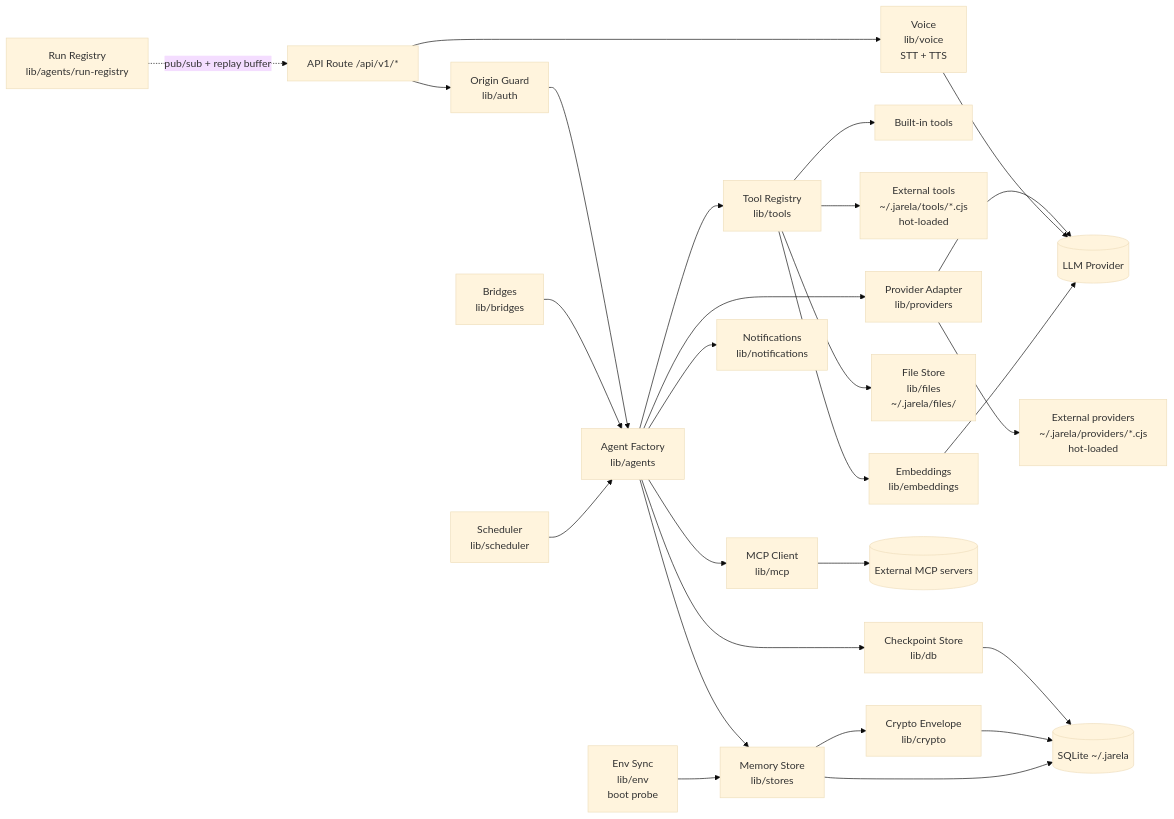
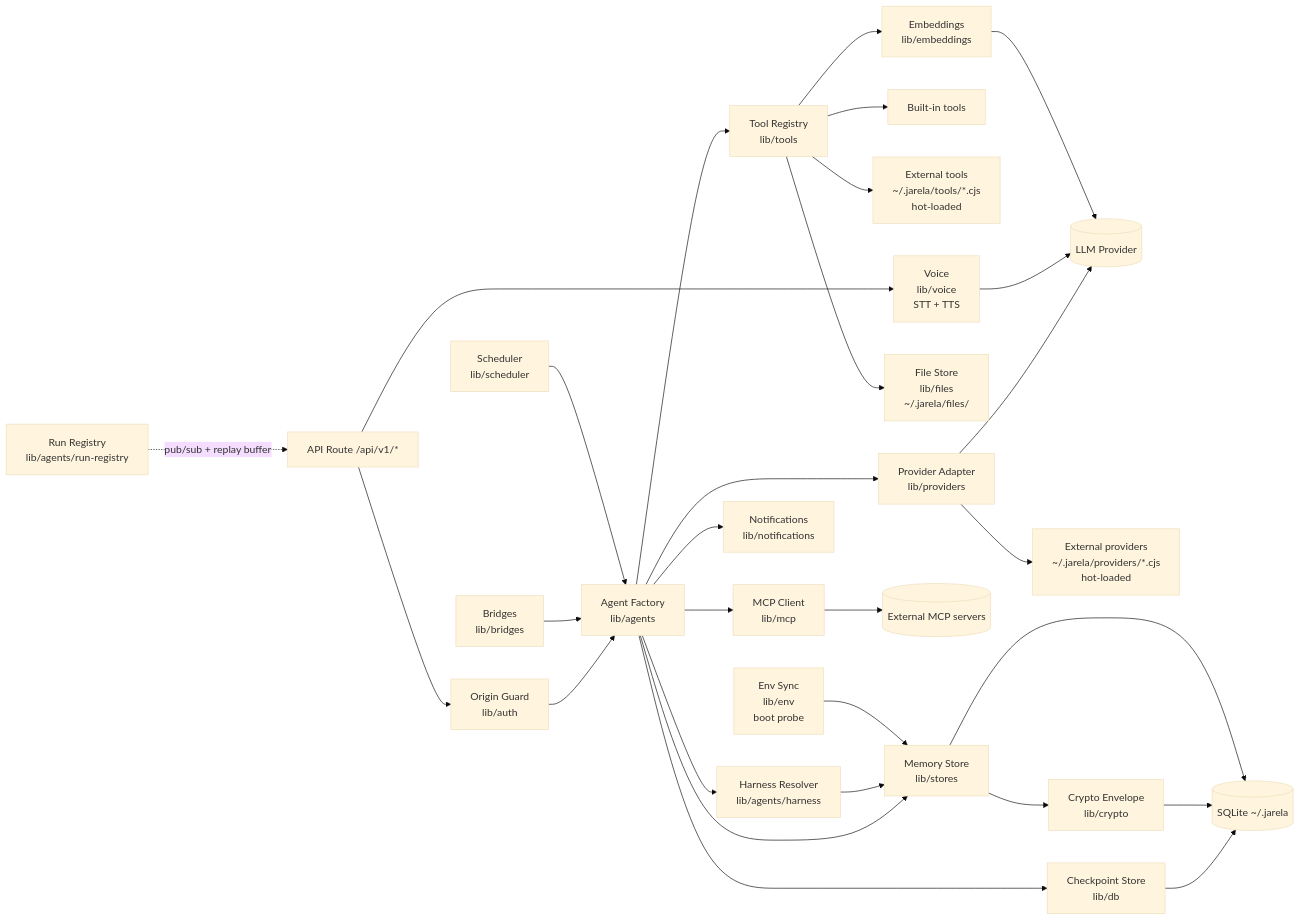
One commit to CircuitWall/jarela changed the second of 7 diagrams in docs/ARCHITECTURE.md. Above: the diagram before and after it, drawn with Mermaid (base theme). The commit also changed 28 other files, not shown here.

First line of the commit message:
feat(agents): configurable harness presets (ADR-0033)

````diff
--- a/docs/ARCHITECTURE.md
+++ b/docs/ARCHITECTURE.md
@@ -106,29 +106,31 @@
 ```mermaid
 flowchart LR
     A[API Route /api/v1/*] --> G0[Origin Guard<br/>lib/auth]
     G0 --> B[Agent Factory<br/>lib/agents]
     B --> C[Provider Adapter<br/>lib/providers]
     B --> D[Tool Registry<br/>lib/tools]
     B --> E[MCP Client<br/>lib/mcp]
     C --> F[(LLM Provider)]
     C --> XP[External providers<br/>~/.jarela/providers/*.cjs<br/>hot-loaded]
     D --> G[Built-in tools]
     D --> XT[External tools<br/>~/.jarela/tools/*.cjs<br/>hot-loaded]
     D --> EM[Embeddings<br/>lib/embeddings]
     D --> FS[File Store<br/>lib/files<br/>~/.jarela/files/]
     A --> V[Voice<br/>lib/voice<br/>STT + TTS]
     V --> F
     EM --> F
     E --> H[(External MCP servers)]
     B --> I[Checkpoint Store<br/>lib/db]
     I --> J[(SQLite ~/.jarela)]
     B --> K[Memory Store<br/>lib/stores]
+    B --> HR[Harness Resolver<br/>lib/agents/harness]
+    HR --> K
     K --> CR[Crypto Envelope<br/>lib/crypto]
     CR --> J
     K --> J
     B --> L[Notifications<br/>lib/notifications]
     BR[Bridges<br/>lib/bridges] --> B
     SC[Scheduler<br/>lib/scheduler] --> B
     EN[Env Sync<br/>lib/env<br/>boot probe] --> K
     RR[Run Registry<br/>lib/agents/run-registry] -.pub/sub + replay buffer.-> A
 ```
````
